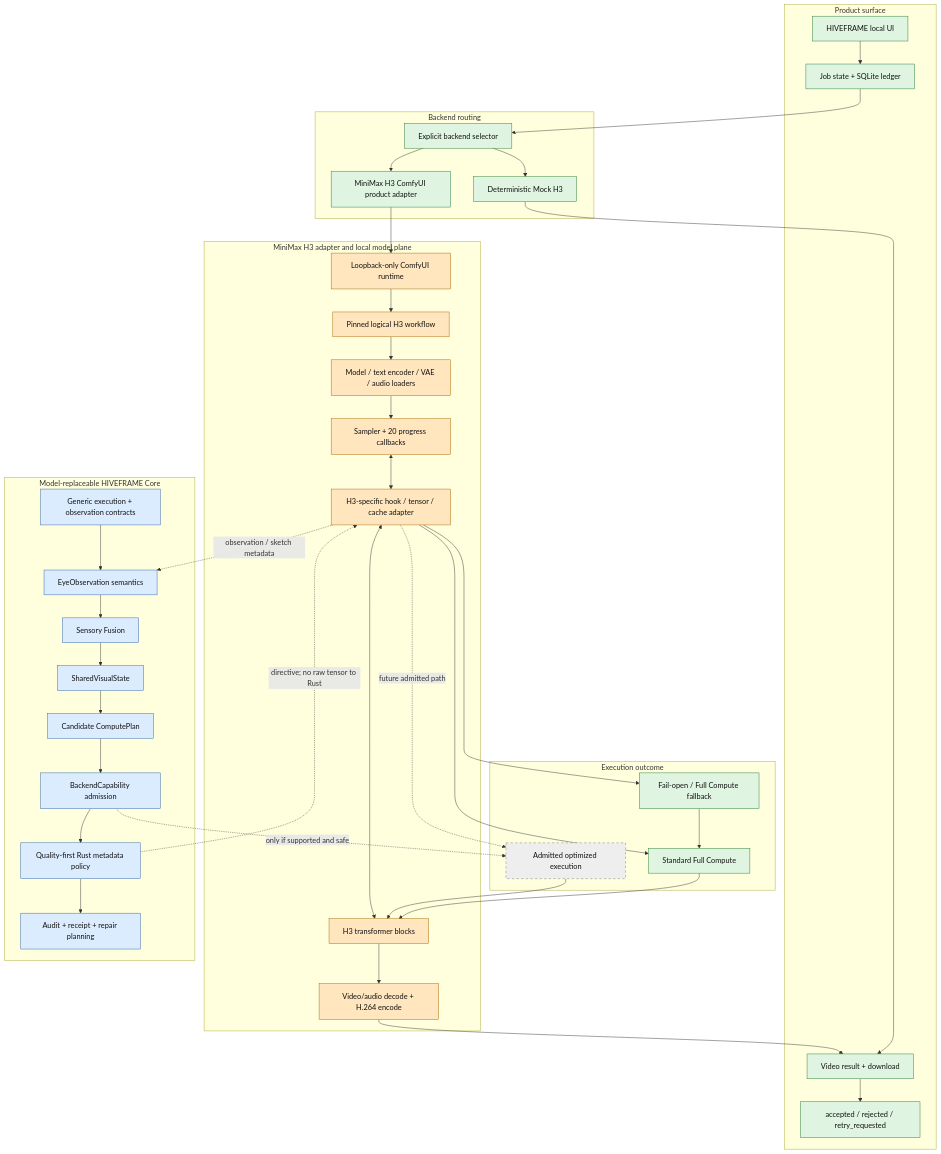
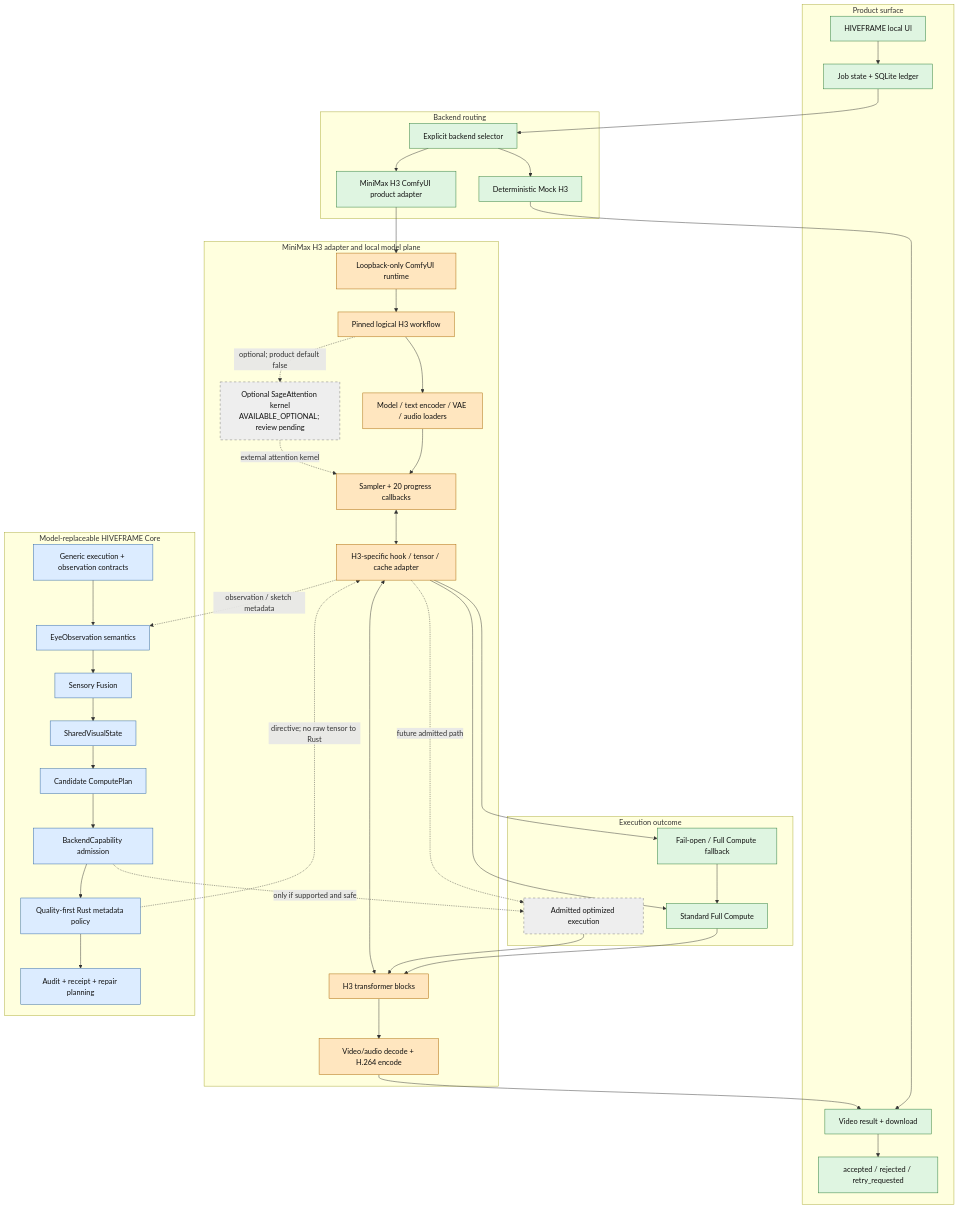
Before and after one commit to ksse29077-byte/HIVEFRAME: the first of 4 diagrams in docs/HIVEFRAME_SYSTEM_MAP.md, drawn with Mermaid. The commit also changed other lines of this file and 4 other files, not shown here.

````diff
--- a/docs/HIVEFRAME_SYSTEM_MAP.md
+++ b/docs/HIVEFRAME_SYSTEM_MAP.md
@@ -28,75 +28,78 @@
 ```mermaid
 flowchart TB
     subgraph PRODUCT["Product surface"]
         UI["HIVEFRAME local UI"]
         JOBS["Job state + SQLite ledger"]
         RESULT["Video result + download"]
         FEEDBACK["accepted / rejected / retry_requested"]
         UI --> JOBS
         RESULT --> FEEDBACK
     end
 
     subgraph ROUTING["Backend routing"]
         ROUTER["Explicit backend selector"]
         MOCK["Deterministic Mock H3"]
         H3PRODUCT["MiniMax H3 ComfyUI product adapter"]
     end
 
     subgraph H3["MiniMax H3 adapter and local model plane"]
         LOOPBACK["Loopback-only ComfyUI runtime"]
         WORKFLOW["Pinned logical H3 workflow"]
         LOADERS["Model / text encoder / VAE / audio loaders"]
         SAMPLER["Sampler + 20 progress callbacks"]
+        SAGE["Optional SageAttention kernel\nAVAILABLE_OPTIONAL; review pending"]
         DIT["H3 transformer blocks"]
         DECODE["Video/audio decode + H.264 encode"]
         H3HOOKS["H3-specific hook / tensor / cache adapter"]
 
         H3PRODUCT --> LOOPBACK --> WORKFLOW
         WORKFLOW --> LOADERS --> SAMPLER
+        WORKFLOW -. "optional; product default false" .-> SAGE
+        SAGE -. "external attention kernel" .-> SAMPLER
         SAMPLER <--> H3HOOKS
         DIT <--> H3HOOKS
     end
 
     subgraph CORE["Model-replaceable HIVEFRAME Core"]
         CONTRACT["Generic execution + observation contracts"]
         EYES["EyeObservation semantics"]
         FUSION["Sensory Fusion"]
         STATE["SharedVisualState"]
         PLAN["Candidate ComputePlan"]
         CAP["BackendCapability admission"]
         POLICY["Quality-first Rust metadata policy"]
         AUDIT["Audit + receipt + repair planning"]
 
         CONTRACT --> EYES --> FUSION --> STATE --> PLAN --> CAP --> POLICY --> AUDIT
     end
 
     subgraph SAFE["Execution outcome"]
         FULL["Standard Full Compute"]
         OPT["Admitted optimized execution"]
         FALLBACK["Fail-open / Full Compute fallback"]
     end
 
     JOBS --> ROUTER
     ROUTER --> MOCK --> RESULT
     ROUTER --> H3PRODUCT
     DECODE --> RESULT
 
     H3HOOKS -. "observation / sketch metadata" .-> EYES
     POLICY -. "directive; no raw tensor to Rust" .-> H3HOOKS
     CAP -. "only if supported and safe" .-> OPT
     H3HOOKS --> FULL
     H3HOOKS -. "future admitted path" .-> OPT
     H3HOOKS --> FALLBACK --> FULL
     FULL --> DIT
     OPT --> DIT
     DIT --> DECODE
 
     classDef product fill:#dff5e1,stroke:#287a34,color:#111;
     classDef core fill:#dcecff,stroke:#2d65a3,color:#111;
     classDef adapter fill:#ffe6bf,stroke:#a96600,color:#111;
     classDef planned fill:#eeeeee,stroke:#777,color:#111,stroke-dasharray: 5 5;
     class UI,JOBS,RESULT,FEEDBACK,ROUTER,MOCK,H3PRODUCT,FULL,FALLBACK product;
     class CONTRACT,EYES,FUSION,STATE,PLAN,CAP,POLICY,AUDIT core;
     class LOOPBACK,WORKFLOW,LOADERS,SAMPLER,DIT,DECODE,H3HOOKS adapter;
-    class OPT planned;
+    class OPT,SAGE planned;
 ```
````
